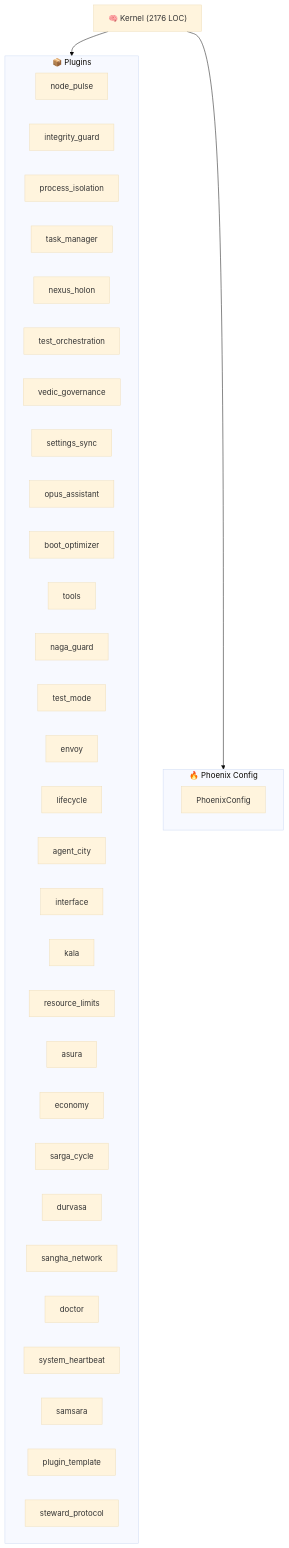
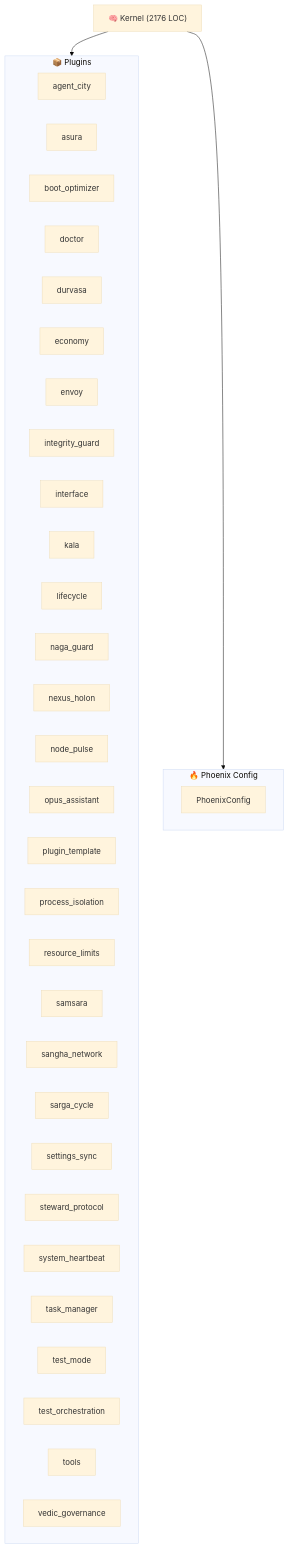
One commit to kimeisele/steward-protocol changed the diagram in ARCHITECTURE.md. Above: the diagram before and after it, drawn with Mermaid (base theme). The commit also changed other lines of this file and 13 other files, not shown here.

````diff
--- a/ARCHITECTURE.md
+++ b/ARCHITECTURE.md
@@ -8,40 +8,40 @@
 ```mermaid
 graph TB
     K["🧠 Kernel (2176 LOC)"]
     subgraph Plugins["📦 Plugins"]
-        P_node_pulse["node_pulse"]
+        P_agent_city["agent_city"]
+        P_asura["asura"]
+        P_boot_optimizer["boot_optimizer"]
+        P_doctor["doctor"]
+        P_durvasa["durvasa"]
+        P_economy["economy"]
+        P_envoy["envoy"]
         P_integrity_guard["integrity_guard"]
-        P_process_isolation["process_isolation"]
-        P_task_manager["task_manager"]
-        P_nexus_holon["nexus_holon"]
-        P_test_orchestration["test_orchestration"]
-        P_vedic_governance["vedic_governance"]
-        P_settings_sync["settings_sync"]
-        P_opus_assistant["opus_assistant"]
-        P_boot_optimizer["boot_optimizer"]
-        P_tools["tools"]
-        P_naga_guard["naga_guard"]
-        P_test_mode["test_mode"]
-        P_envoy["envoy"]
-        P_lifecycle["lifecycle"]
-        P_agent_city["agent_city"]
         P_interface["interface"]
         P_kala["kala"]
+        P_lifecycle["lifecycle"]
+        P_naga_guard["naga_guard"]
+        P_nexus_holon["nexus_holon"]
+        P_node_pulse["node_pulse"]
+        P_opus_assistant["opus_assistant"]
+        P_plugin_template["plugin_template"]
+        P_process_isolation["process_isolation"]
         P_resource_limits["resource_limits"]
-        P_asura["asura"]
-        P_economy["economy"]
+        P_samsara["samsara"]
+        P_sangha_network["sangha_network"]
         P_sarga_cycle["sarga_cycle"]
-        P_durvasa["durvasa"]
-        P_sangha_network["sangha_network"]
-        P_doctor["doctor"]
+        P_settings_sync["settings_sync"]
+        P_steward_protocol["steward_protocol"]
         P_system_heartbeat["system_heartbeat"]
-        P_samsara["samsara"]
-        P_plugin_template["plugin_template"]
-        P_steward_protocol["steward_protocol"]
+        P_task_manager["task_manager"]
+        P_test_mode["test_mode"]
+        P_test_orchestration["test_orchestration"]
+        P_tools["tools"]
+        P_vedic_governance["vedic_governance"]
     end
     K --> Plugins
     subgraph Config["🔥 Phoenix Config"]
         PC[PhoenixConfig]
     end
     K --> Config
 ```
````
